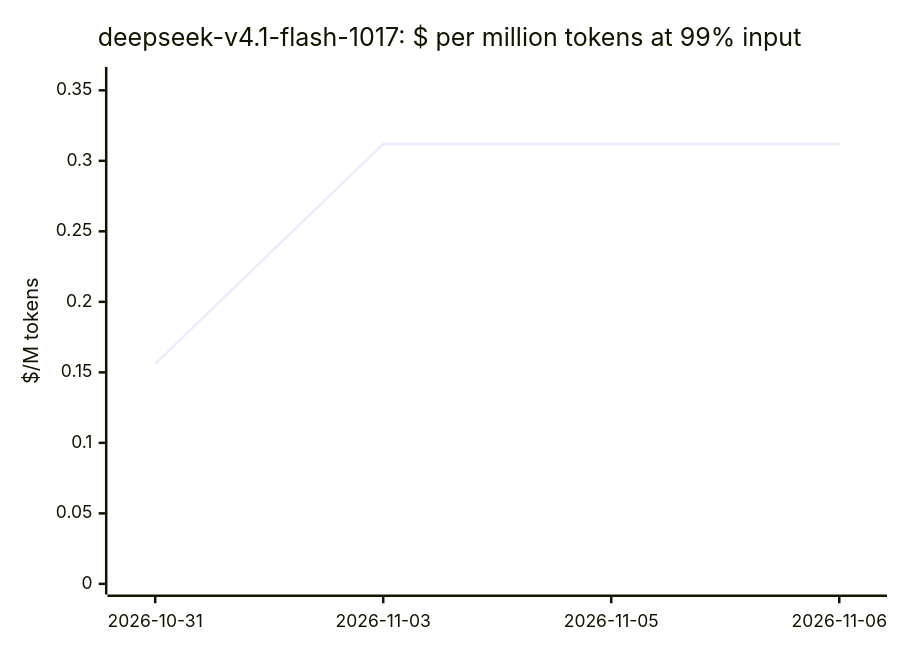
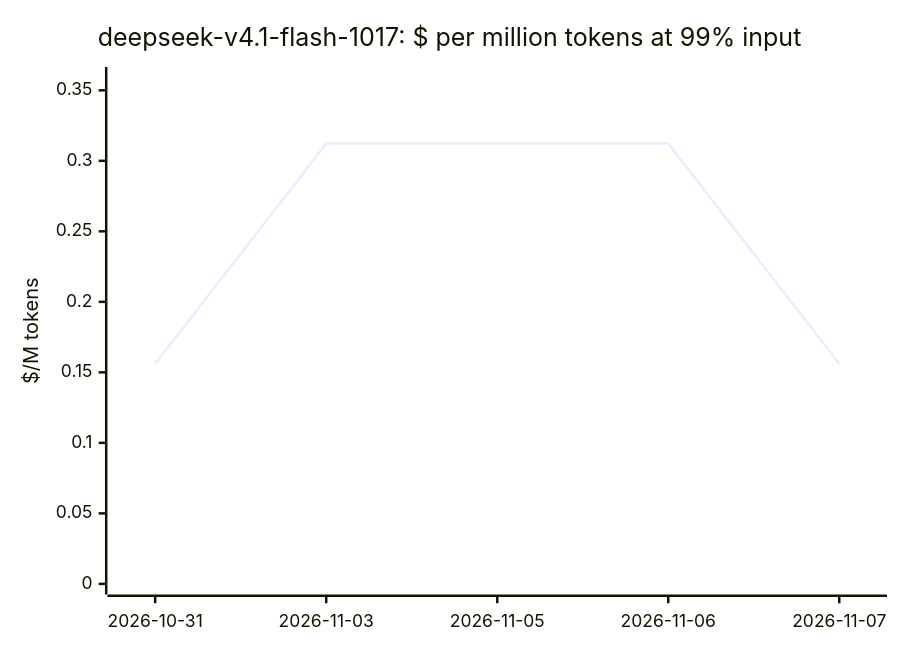
One commit to cklukas/OMEGA_TRANSFORM changed the sixth of 20 diagrams in docs/openrouter-models.md. Above: the diagram before and after it, drawn with Mermaid. The commit also changed other lines of this file and 68 other files, not shown here.

````diff
--- a/docs/openrouter-models.md
+++ b/docs/openrouter-models.md
@@ -186,7 +185,7 @@
 ```mermaid
 xychart-beta
     title "deepseek-v4.1-flash-1017: $ per million tokens at 99% input"
-    x-axis ["2026-10-31", "2026-11-03", "2026-11-05", "2026-11-06"]
+    x-axis ["2026-10-31", "2026-11-03", "2026-11-05", "2026-11-06", "2026-11-07"]
     y-axis "$/M tokens" 0 --> 0.359
-    line [0.156, 0.312, 0.312, 0.312]
+    line [0.1561, 0.3122, 0.3122, 0.3122, 0.1561]
 ```
````
